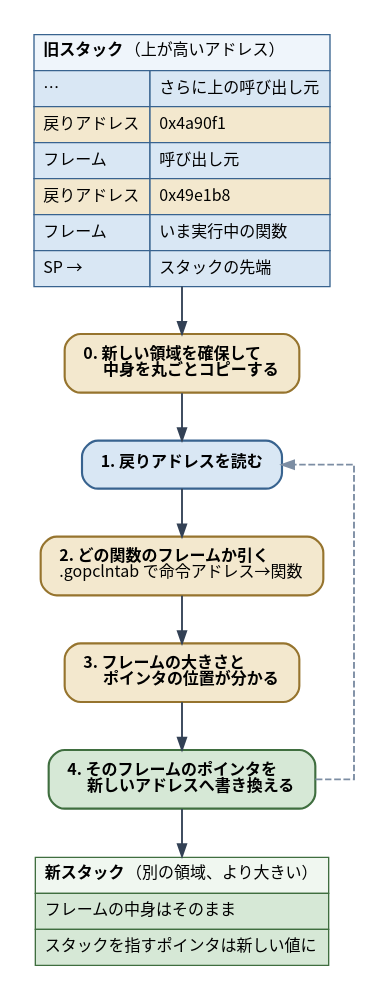
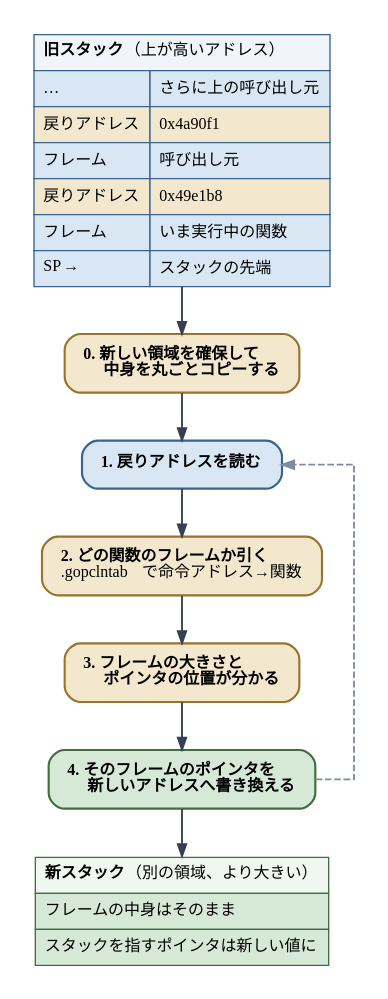
Before and after one commit to ymotongpoo/zenn.dev: the diagram in diagrams/go-ebpf-primer/20260820-stack-walk.dot, drawn with Graphviz. The commit also changed 109 other files, not shown here.

First line of the commit message:
change: 図のフォントをIBM Plex Sans JP / Poppins / JetBrains Monoに整理

```diff
--- a/diagrams/go-ebpf-primer/20260820-stack-walk.dot
+++ b/diagrams/go-ebpf-primer/20260820-stack-walk.dot
@@ -1,55 +1,55 @@
 // ランタイムがスタックを辿る手順
 digraph stack_walk {
   graph [
     rankdir=TB, splines=ortho,
-    fontname="Harano Aji Gothic,Noto Sans CJK JP,IPAGothic", fontsize=13,
+    fontname="IBM Plex Sans JP", fontsize=13,
     bgcolor="white", pad=0.25
   ];
   node [
-    fontname="Harano Aji Gothic,Noto Sans CJK JP,IPAGothic", fontsize=12,
+    fontname="IBM Plex Sans JP", fontsize=12,
     shape=box, style="rounded,filled",
     fillcolor="#F1F5F9", color="#475569", penwidth=1.6,
     margin="0.2,0.14"
   ];
   edge [
-    fontname="Harano Aji Gothic,Noto Sans CJK JP,IPAGothic", fontsize=11,
+    fontname="IBM Plex Sans JP", fontsize=11,
     color="#334155", penwidth=1.4, arrowsize=0.9,
     fontcolor="#1E293B"
   ];
 
   old [shape=plain, style="", label=<
     <table border="0" cellborder="1" cellspacing="0" cellpadding="6" color="#38638F">
       <tr><td colspan="2" align="left" bgcolor="#EFF5FB"><b>旧スタック</b>（上が高いアドレス）</td></tr>
       <tr><td align="left" bgcolor="#D9E7F4">…</td><td align="left" bgcolor="#D9E7F4">さらに上の呼び出し元</td></tr>
-      <tr><td align="left" bgcolor="#F3E8CE">戻りアドレス</td><td align="left" bgcolor="#F3E8CE">0x4a90f1</td></tr>
+      <tr><td align="left" bgcolor="#F3E8CE">戻りアドレス</td><td align="left" bgcolor="#F3E8CE"><font face="JetBrains Mono">0x4a90f1</font></td></tr>
       <tr><td align="left" bgcolor="#D9E7F4">フレーム</td><td align="left" bgcolor="#D9E7F4">呼び出し元</td></tr>
-      <tr><td align="left" bgcolor="#F3E8CE">戻りアドレス</td><td align="left" bgcolor="#F3E8CE">0x49e1b8</td></tr>
+      <tr><td align="left" bgcolor="#F3E8CE">戻りアドレス</td><td align="left" bgcolor="#F3E8CE"><font face="JetBrains Mono">0x49e1b8</font></td></tr>
       <tr><td align="left" bgcolor="#D9E7F4">フレーム</td><td align="left" bgcolor="#D9E7F4">いま実行中の関数</td></tr>
-      <tr><td align="left" bgcolor="#D9E7F4">SP →</td><td align="left" bgcolor="#D9E7F4">スタックの先端</td></tr>
+      <tr><td align="left" bgcolor="#D9E7F4"><font face="JetBrains Mono">SP</font> →</td><td align="left" bgcolor="#D9E7F4">スタックの先端</td></tr>
     </table>>];
 
   move [label=<<b>0. 新しい領域を確保して</b><br align="left"/><b>　 中身を丸ごとコピーする</b><br align="left"/>>,
         fillcolor="#F3E8CE", color="#96742E"];
   read [label=<<b>1. 戻りアドレスを読む</b>>, fillcolor="#D9E7F4", color="#38638F"];
-  lookup [label=<<b>2. どの関数のフレームか引く</b><br align="left"/>.gopclntab で命令アドレス→関数<br align="left"/>>,
+  lookup [label=<<b>2. どの関数のフレームか引く</b><br align="left"/><font face="JetBrains Mono">.gopclntab</font> で命令アドレス→関数<br align="left"/>>,
           fillcolor="#F3E8CE", color="#96742E"];
   info [label=<<b>3. フレームの大きさと</b><br align="left"/><b>　 ポインタの位置が分かる</b><br align="left"/>>,
         fillcolor="#F3E8CE", color="#96742E"];
   copy [label=<<b>4. そのフレームのポインタを</b><br align="left"/><b>　 新しいアドレスへ書き換える</b><br align="left"/>>,
         fillcolor="#D6E8D6", color="#3F6E3F"];
 
   new [shape=plain, style="", label=<
     <table border="0" cellborder="1" cellspacing="0" cellpadding="6" color="#3F6E3F">
       <tr><td align="left" bgcolor="#F0F7F0"><b>新スタック</b>（別の領域、より大きい）</td></tr>
       <tr><td align="left" bgcolor="#D6E8D6">フレームの中身はそのまま</td></tr>
       <tr><td align="left" bgcolor="#D6E8D6">スタックを指すポインタは新しい値に</td></tr>
     </table>>];
 
   old -> move;
   move -> read;
   read -> lookup;
   lookup -> info;
   info -> copy;
   copy -> new;
   copy -> read [style=dashed, color="#7C8DA3", constraint=false];
 }
```
